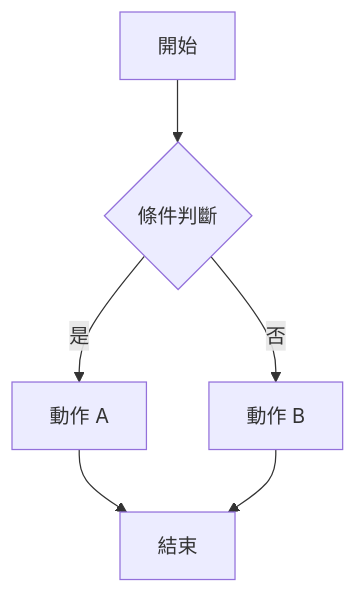
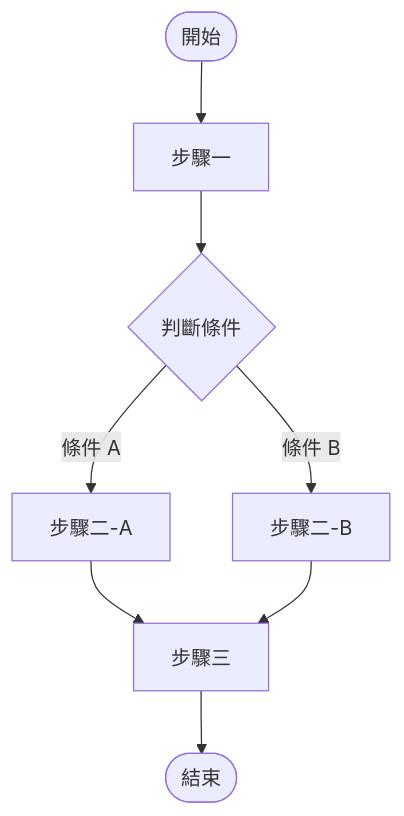
One commit to BrianWeiJuiLee/xHIS-prd-docs changed the first of 2 diagrams in templates/PRD-template.md. Above: the diagram before and after it, drawn with Mermaid. The commit also changed other lines of this file, not shown here.

````diff
--- a/templates/PRD-template.md
+++ b/templates/PRD-template.md
@@ -85,8 +84,10 @@
 ```mermaid
 flowchart TD
-    A[開始] --> B{條件判斷}
-    B -- 是 --> C[動作 A]
-    B -- 否 --> D[動作 B]
-    C --> E[結束]
-    D --> E
+    A([開始]) --> B[步驟一]
+    B --> C{判斷條件}
+    C -- 條件 A --> D[步驟二-A]
+    C -- 條件 B --> E[步驟二-B]
+    D --> F[步驟三]
+    E --> F
+    F --> G([結束])
 ```
````
